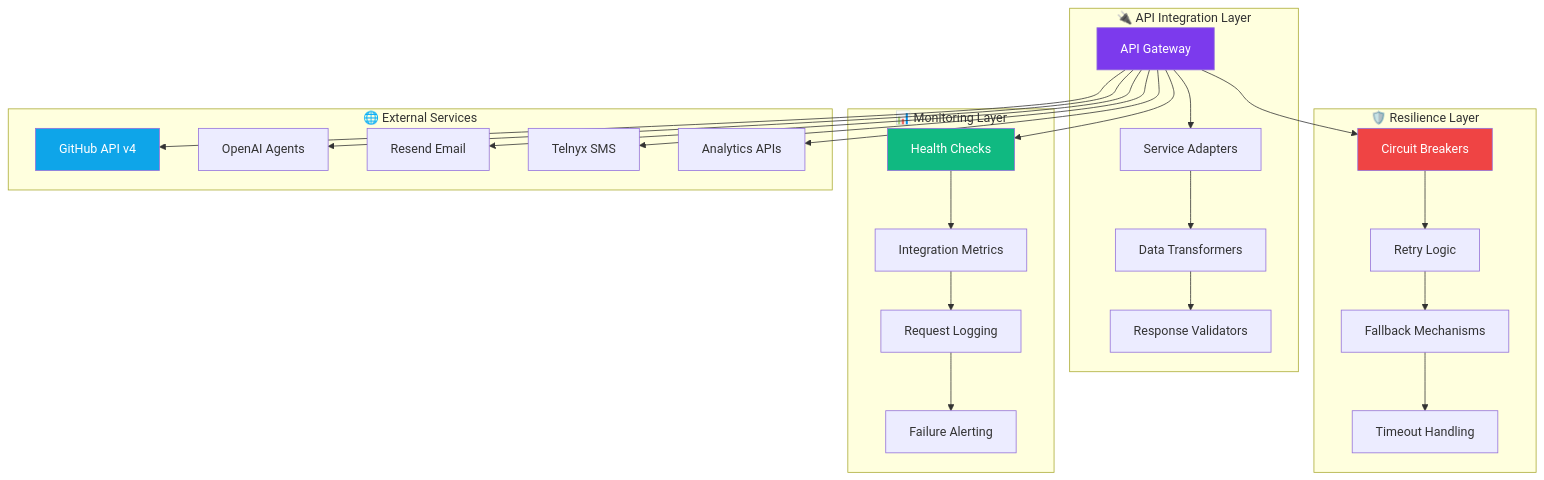
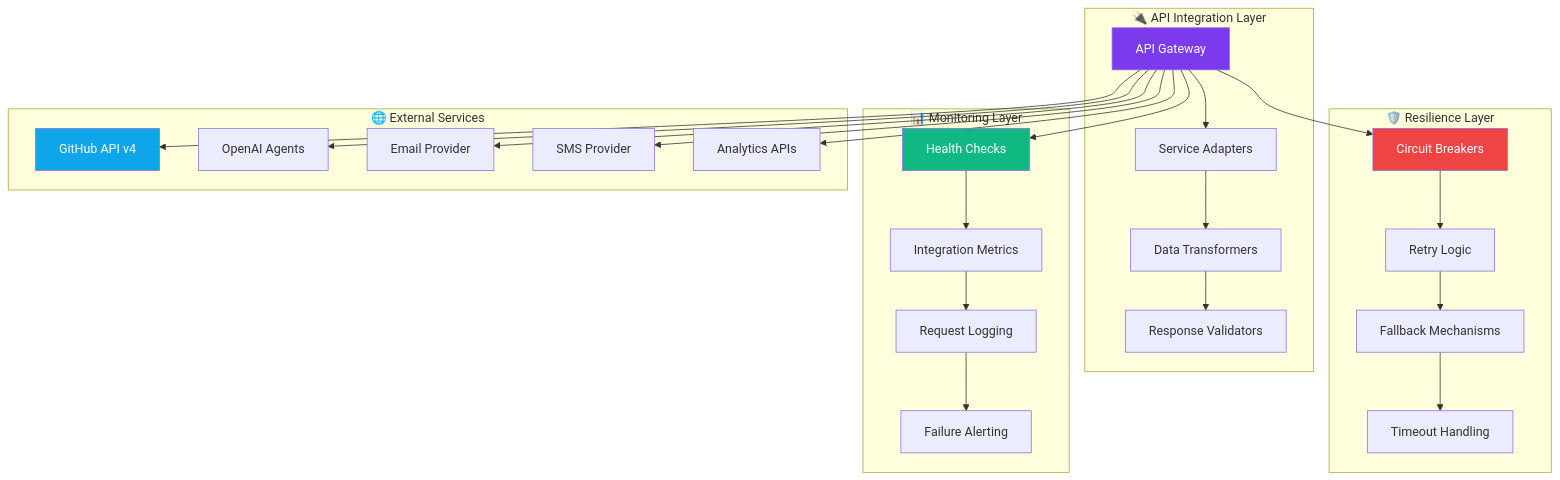
One commit to BjornMelin/contribux changed diagram 18 of 24 in docs/development/architecture.md. Above: the diagram before and after it, drawn with Mermaid. The commit also changed other lines of this file and 79 other files, not shown here.

````diff
--- a/docs/development/architecture.md
+++ b/docs/development/architecture.md
@@ -1151,56 +1151,56 @@
 ```mermaid
 graph TB
     subgraph "🔌 API Integration Layer"
         Gateway[API Gateway]
         Adapter[Service Adapters]
         Transformer[Data Transformers]
         Validator[Response Validators]
     end
     
     subgraph "🛡️ Resilience Layer"
         Circuit[Circuit Breakers]
         Retry[Retry Logic]
         Fallback[Fallback Mechanisms]
         Timeout[Timeout Handling]
     end
     
     subgraph "📊 Monitoring Layer"
         Health[Health Checks]
         Metrics[Integration Metrics]
         Logging[Request Logging]
         Alerting[Failure Alerting]
     end
     
     subgraph "🌐 External Services"
         GitHub[GitHub API v4]
         OpenAI[OpenAI Agents]
-        Email[Resend Email]
-        SMS[Telnyx SMS]
+        Email[Email Provider]
+        SMS[SMS Provider]
         Analytics[Analytics APIs]
     end
     
     Gateway --> Adapter
     Adapter --> Transformer
     Transformer --> Validator
     
     Gateway --> Circuit
     Circuit --> Retry
     Retry --> Fallback
     Fallback --> Timeout
     
     Gateway --> Health
     Health --> Metrics
     Metrics --> Logging
     Logging --> Alerting
     
     Gateway --> GitHub
     Gateway --> OpenAI
     Gateway --> Email
     Gateway --> SMS
     Gateway --> Analytics
     
     style Gateway fill:#7C3AED,color:#fff
     style Circuit fill:#EF4444,color:#fff
     style Health fill:#10B981,color:#fff
     style GitHub fill:#0EA5E9,color:#fff
 ```
````
